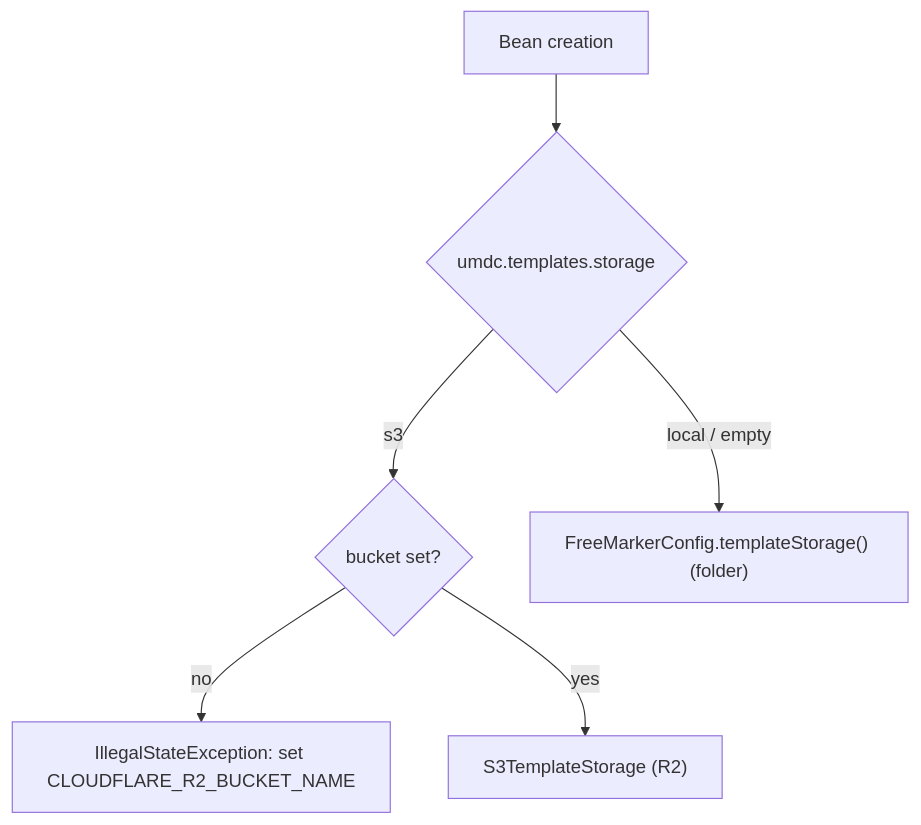
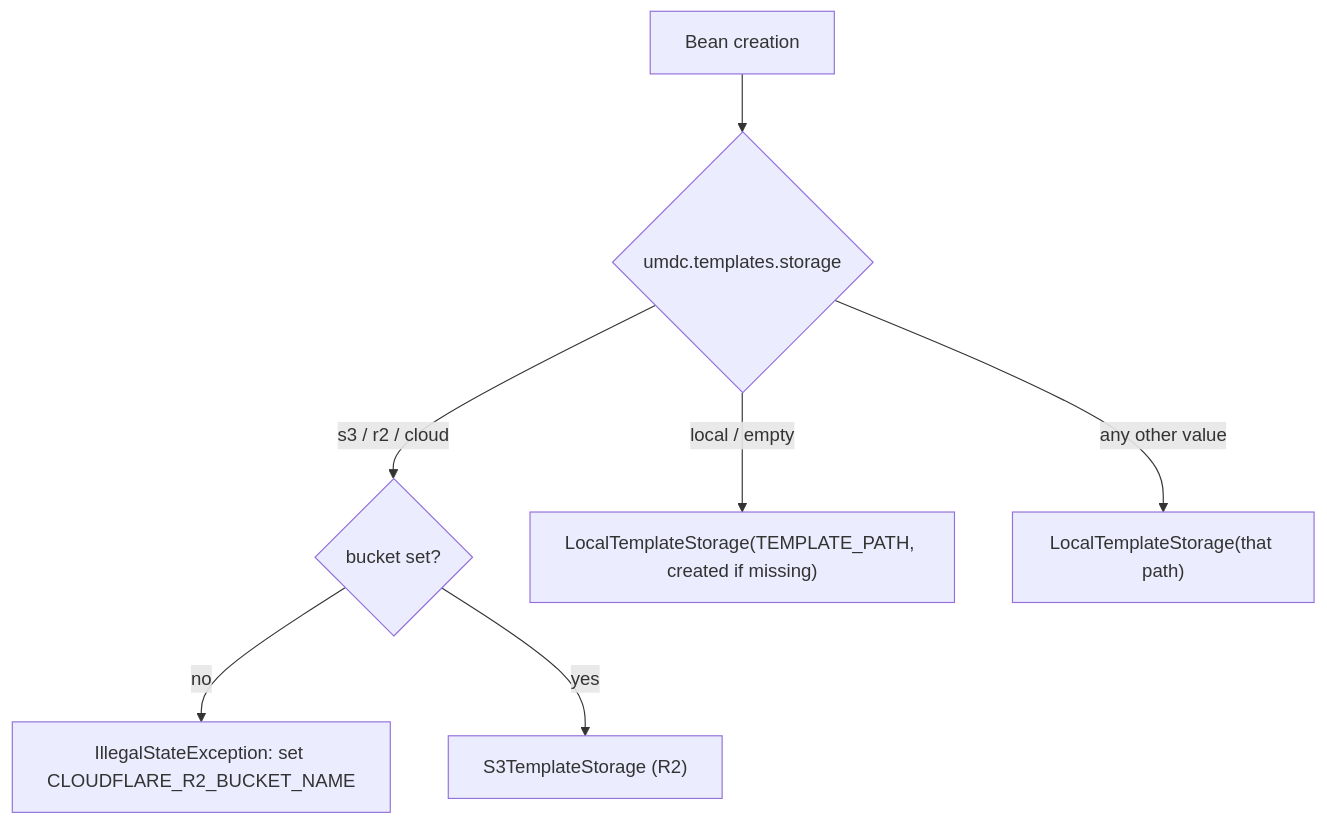
Before and after one commit to um-dev-creative/mercury: the third of 3 diagrams in docs/architecture/template-storage.md, drawn with Mermaid. The commit also changed other lines of this file and 48 other files, not shown here.

First line of the commit message:
feat(templates): stop shipping templates; TEMPLATE_STORAGE decides cloud or local storage

````diff
--- a/docs/architecture/template-storage.md
+++ b/docs/architecture/template-storage.md
@@ -71,8 +71,9 @@
 ```mermaid
 flowchart TD
     A["Bean creation"] --> B{"umdc.templates.storage"}
-    B -->|"s3"| C{"bucket set?"}
+    B -->|"s3 / r2 / cloud"| C{"bucket set?"}
     C -->|"no"| D["IllegalStateException: set CLOUDFLARE_R2_BUCKET_NAME"]
     C -->|"yes"| E["S3TemplateStorage (R2)"]
-    B -->|"local / empty"| F["FreeMarkerConfig.templateStorage() (folder)"]
+    B -->|"local / empty"| F["LocalTemplateStorage(TEMPLATE_PATH, created if missing)"]
+    B -->|"any other value"| G["LocalTemplateStorage(that path)"]
 ```
````
